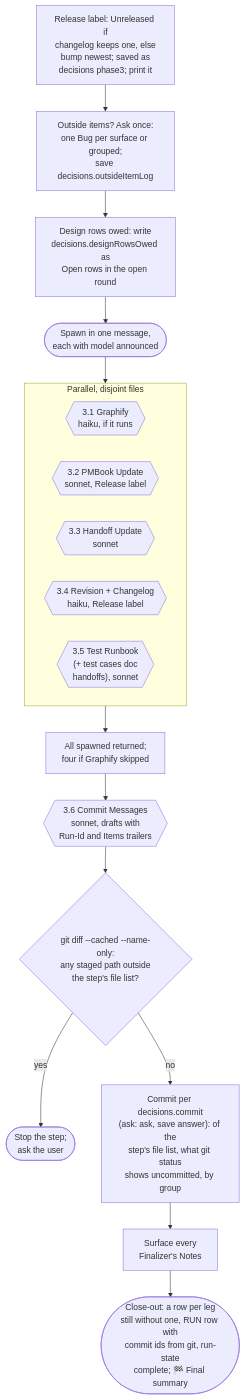
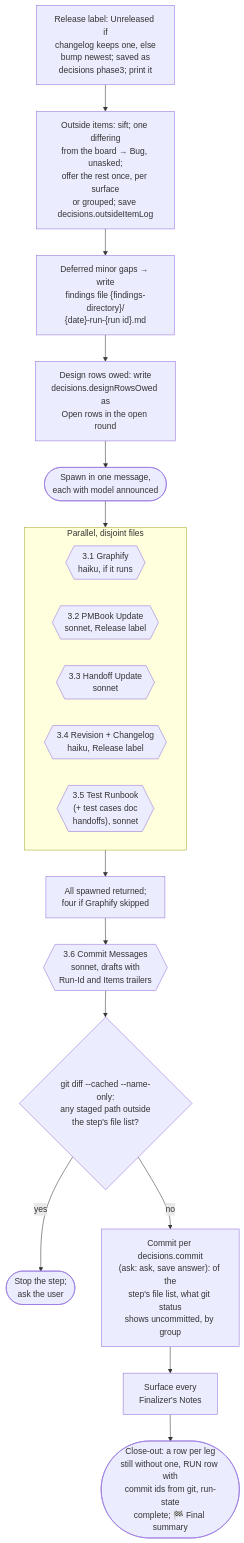
One commit to muhammedalikhan86/claude-stash changed the second of 3 diagrams in skills/orchestrator-development-pattern/mermaid/06-phase3-finalization.md. Above: the diagram before and after it, drawn with Mermaid. The commit also changed 30 other files, not shown here.

````diff
--- a/skills/orchestrator-development-pattern/mermaid/06-phase3-finalization.md
+++ b/skills/orchestrator-development-pattern/mermaid/06-phase3-finalization.md
@@ -38,25 +38,26 @@
 ```mermaid
 flowchart TD
     Label["Release label: Unreleased if<br/>changelog keeps one, else<br/>bump newest; saved as<br/>decisions phase3; print it"]
-    Out["Outside items? Ask once:<br/>one Bug per surface or grouped;<br/>save decisions.outsideItemLog"]
+    Out["Outside items: sift; one differing<br/>from the board → Bug, unasked;<br/>offer the rest once, per surface<br/>or grouped; save decisions.outsideItemLog"]
+    Gaps["Deferred minor gaps → write<br/>findings file {findings-directory}/<br/>{date}-run-{run id}.md"]
     Owed["Design rows owed: write<br/>decisions.designRowsOwed as<br/>Open rows in the open round"]
     Fork(["Spawn in one message,<br/>each with model announced"])
     subgraph Par["Parallel, disjoint files"]
         G{{"3.1 Graphify<br/>haiku, if it runs"}}
         PM{{"3.2 PMBook Update<br/>sonnet, Release label"}}
         H{{"3.3 Handoff Update<br/>sonnet"}}
         C{{"3.4 Revision + Changelog<br/>haiku, Release label"}}
         T{{"3.5 Test Runbook<br/>(+ test cases doc<br/>handoffs), sonnet"}}
     end
     Join["All spawned returned;<br/>four if Graphify skipped"]
     CM{{"3.6 Commit Messages<br/>sonnet, drafts with<br/>Run-Id and Items trailers"}}
     Staged{"git diff --cached --name-only:<br/>any staged path outside<br/>the step's file list?"}
     Stop(["Stop the step;<br/>ask the user"])
     Commit["Commit per decisions.commit<br/>(ask: ask, save answer): of the<br/>step's file list, what git status<br/>shows uncommitted, by group"]
     Notes["Surface every<br/>Finalizer's Notes"]
     Sum(["Close-out: a row per leg<br/>still without one, RUN row with<br/>commit ids from git, run-state<br/>complete; 🏁 Final summary"])
 
-    Label --> Out --> Owed --> Fork --> Par --> Join --> CM --> Staged
+    Label --> Out --> Gaps --> Owed --> Fork --> Par --> Join --> CM --> Staged
     Staged -->|yes| Stop
     Staged -->|no| Commit --> Notes --> Sum
 ```
````
